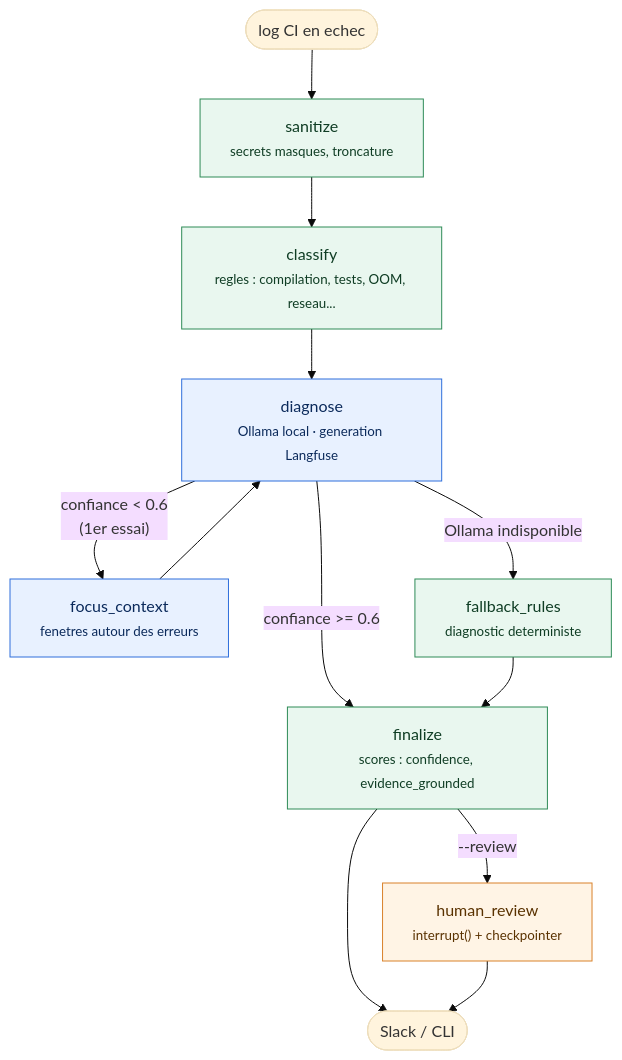
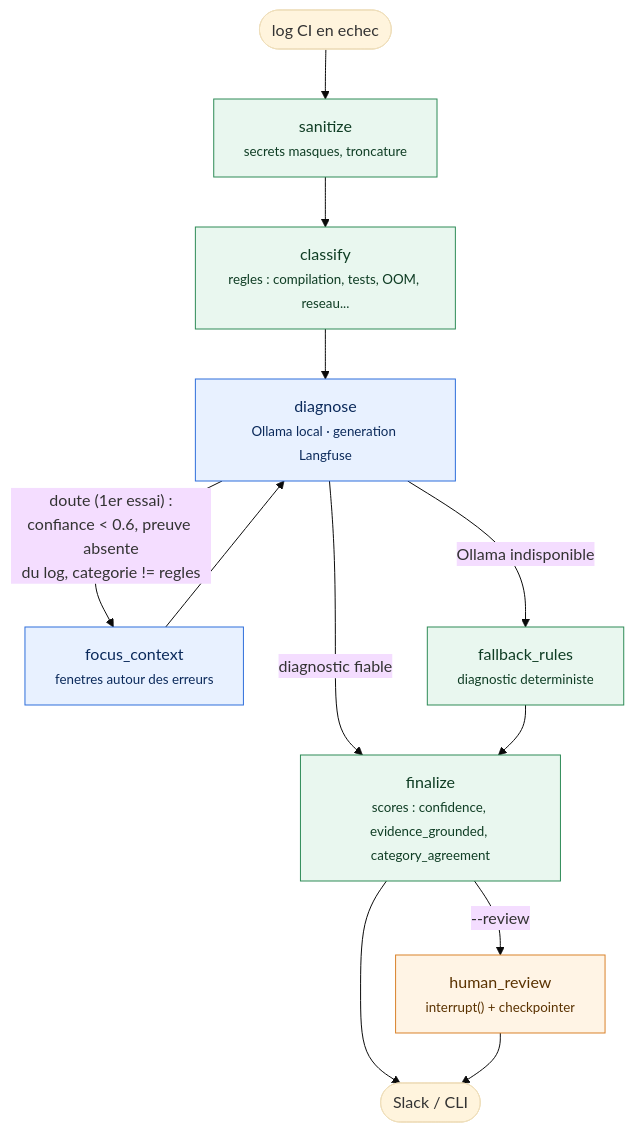
Before and after one commit to A-Djihadi/pipeline-doctor: the diagram in docs/graph.mmd, drawn with Mermaid (base theme). The commit also changed 21 other files, not shown here.

First line of the commit message:
fix: re-essai sur doute, evaluation durcie, prompt sans doublon (#8)

```diff
--- a/docs/graph.mmd
+++ b/docs/graph.mmd
@@ -1,19 +1,19 @@
 %% Schema annote du graphe LangGraph (source : python -m pipeline_doctor.graph --mermaid)
 flowchart TD
     S([log CI en echec]) --> sanitize["sanitize<br/><small>secrets masques, troncature</small>"]
     sanitize --> classify["classify<br/><small>regles : compilation, tests, OOM, reseau...</small>"]
     classify --> diagnose["diagnose<br/><small>Ollama local · generation Langfuse</small>"]
-    diagnose -- "confiance >= 0.6" --> finalize["finalize<br/><small>scores : confidence, evidence_grounded</small>"]
-    diagnose -- "confiance < 0.6<br/>(1er essai)" --> focus["focus_context<br/><small>fenetres autour des erreurs</small>"]
+    diagnose -- "diagnostic fiable" --> finalize["finalize<br/><small>scores : confidence, evidence_grounded, category_agreement</small>"]
+    diagnose -- "doute (1er essai) :<br/>confiance < 0.6, preuve absente<br/>du log, categorie != regles" --> focus["focus_context<br/><small>fenetres autour des erreurs</small>"]
     focus --> diagnose
     diagnose -- "Ollama indisponible" --> fallback["fallback_rules<br/><small>diagnostic deterministe</small>"]
     fallback --> finalize
     finalize -- "--review" --> review["human_review<br/><small>interrupt() + checkpointer</small>"]
     finalize --> E([Slack / CLI])
     review --> E
     classDef llm fill:#e8f1ff,stroke:#2f6fdb,color:#0b2a5b
     classDef safe fill:#e9f7ef,stroke:#2e8b57,color:#0f3d24
     classDef human fill:#fff4e5,stroke:#d9822b,color:#5a3200
     class diagnose,focus llm
     class sanitize,classify,fallback,finalize safe
     class review human
```
